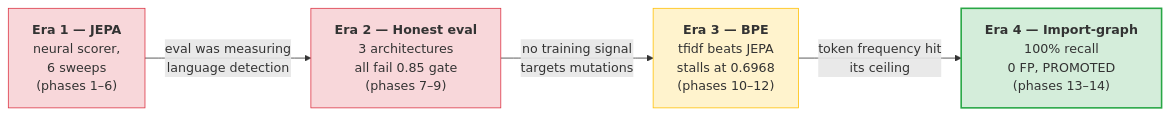
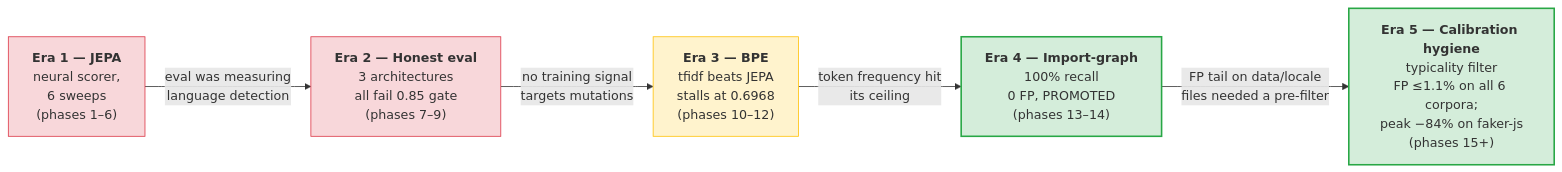
The first of 4 diagrams in docs/research/README.md (get-tmonier/argot), drawn with Mermaid before and after one commit. The commit also changed other lines of this file and 37 other files, not shown here.

First line of the commit message:
feat: typicality filter — era 5 calibration hygiene (#21)

````diff
--- a/docs/research/README.md
+++ b/docs/research/README.md
@@ -17,16 +17,20 @@
 ```mermaid
 flowchart LR
     E1["<b>Era 1 — JEPA</b><br/>neural scorer,<br/>6 sweeps<br/>(phases 1–6)"]
     E2["<b>Era 2 — Honest eval</b><br/>3 architectures<br/>all fail 0.85 gate<br/>(phases 7–9)"]
     E3["<b>Era 3 — BPE</b><br/>tfidf beats JEPA<br/>stalls at 0.6968<br/>(phases 10–12)"]
     E4["<b>Era 4 — Import-graph</b><br/>100% recall<br/>0 FP, PROMOTED<br/>(phases 13–14)"]
 
     E1 -->|"eval was measuring<br/>language detection"| E2
     E2 -->|"no training signal<br/>targets mutations"| E3
     E3 -->|"token frequency hit<br/>its ceiling"| E4
+    E4 -->|"FP tail on data/locale<br/>files needed a pre-filter"| E5
+
+    E5["<b>Era 5 — Calibration hygiene</b><br/>typicality filter<br/>FP ≤1.1% on all 6 corpora;<br/>peak −84% on faker-js<br/>(phases 15+)"]
 
     style E4 fill:#d4edda,stroke:#28a745,stroke-width:2px
+    style E5 fill:#d4edda,stroke:#28a745,stroke-width:2px
     style E1 fill:#f8d7da,stroke:#dc3545
     style E2 fill:#f8d7da,stroke:#dc3545
     style E3 fill:#fff3cd,stroke:#ffc107
 ```
````
